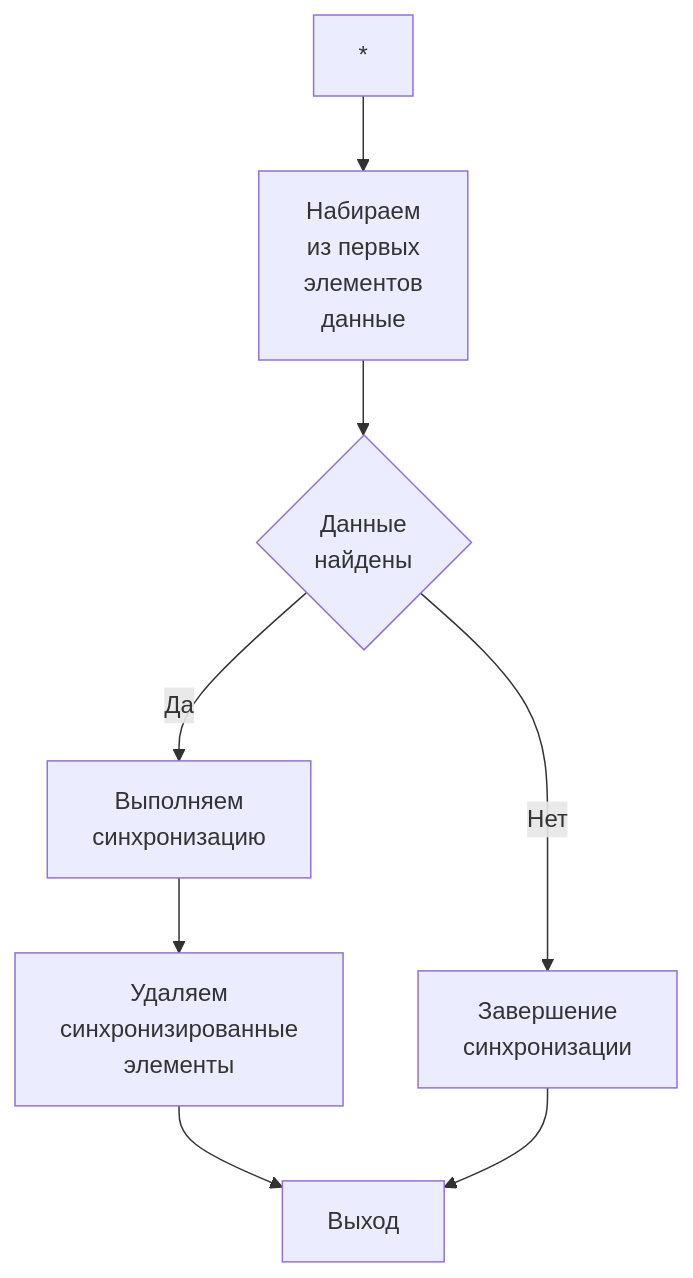
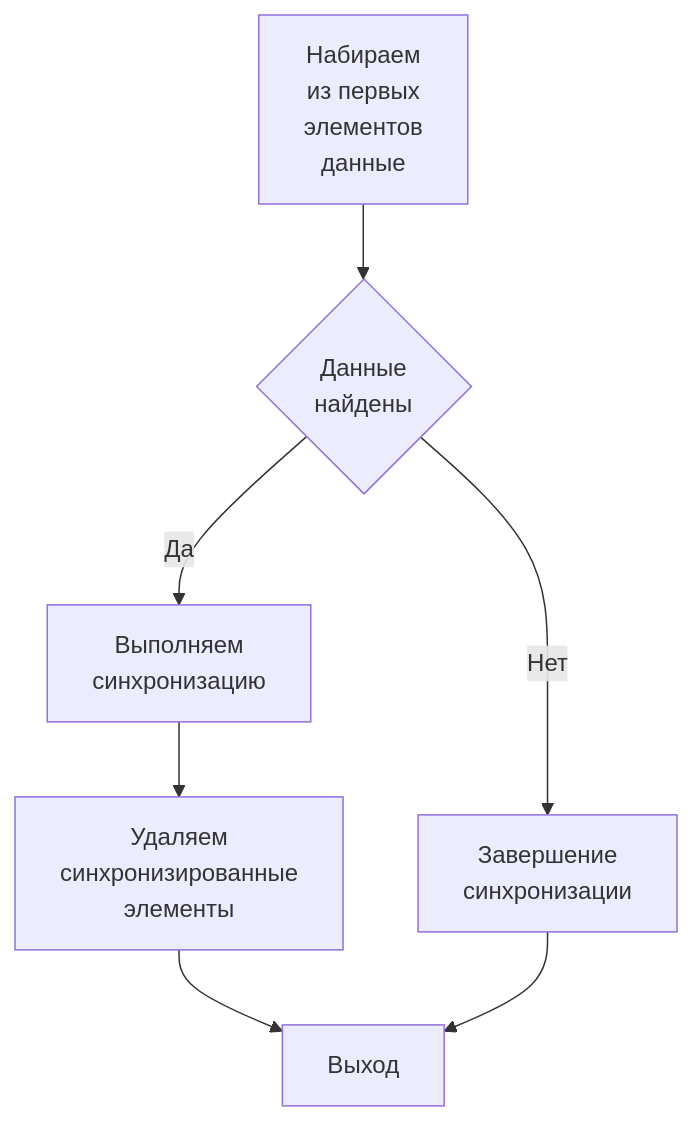
Before and after one commit to sirkon/mpy6a: the diagram in docs/upsync.md, drawn with Mermaid.

````diff
--- a/docs/upsync.md
+++ b/docs/upsync.md
@@ -56,17 +56,16 @@
 ```mermaid
 flowchart TD
   A[Набираем\nиз первых\nэлементов\nданные]
   B{Данные\nнайдены}
   C[Выполняем\nсинхронизацию]
   E[Удаляем\nсинхронизированные\nэлементы]
   Stop[Завершение\nсинхронизации]
   Exit[Выход]
   
-  * --> A
   A --> B
   B --> |Да| C
   B --> |Нет| Stop
   C --> E
   E --> Exit
   Stop --> Exit
 ```
````
